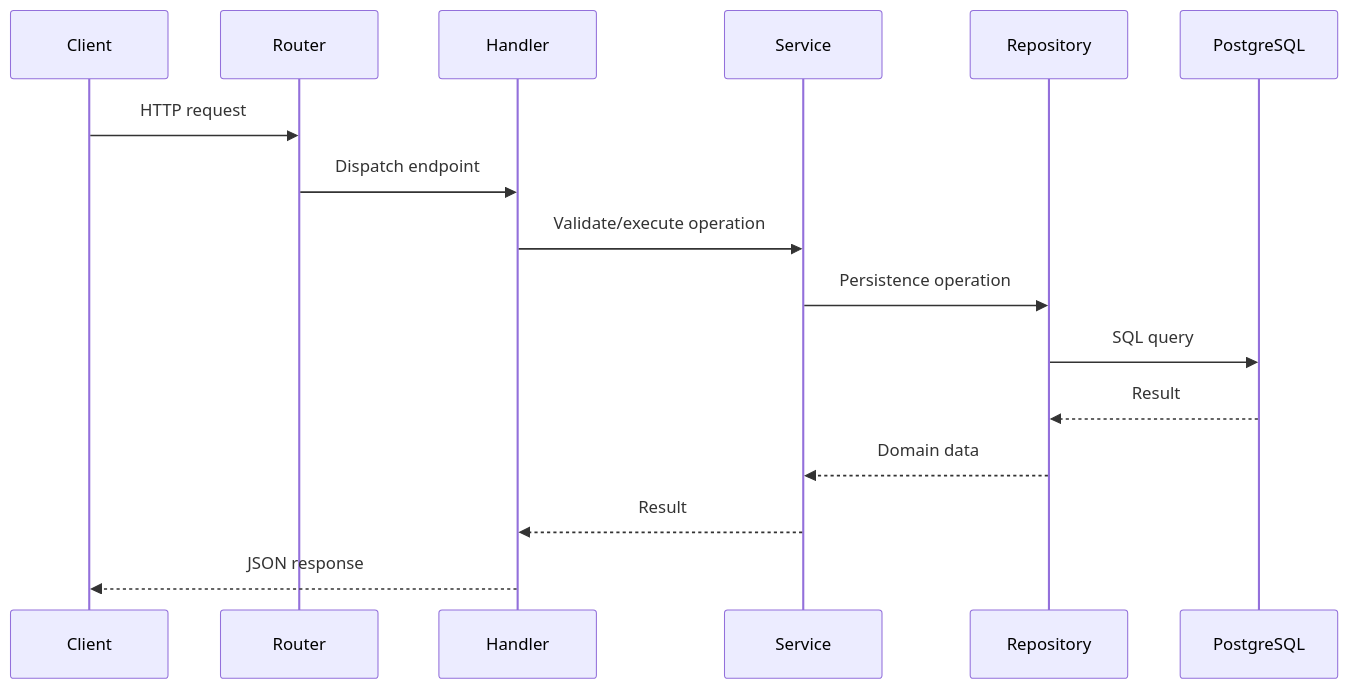
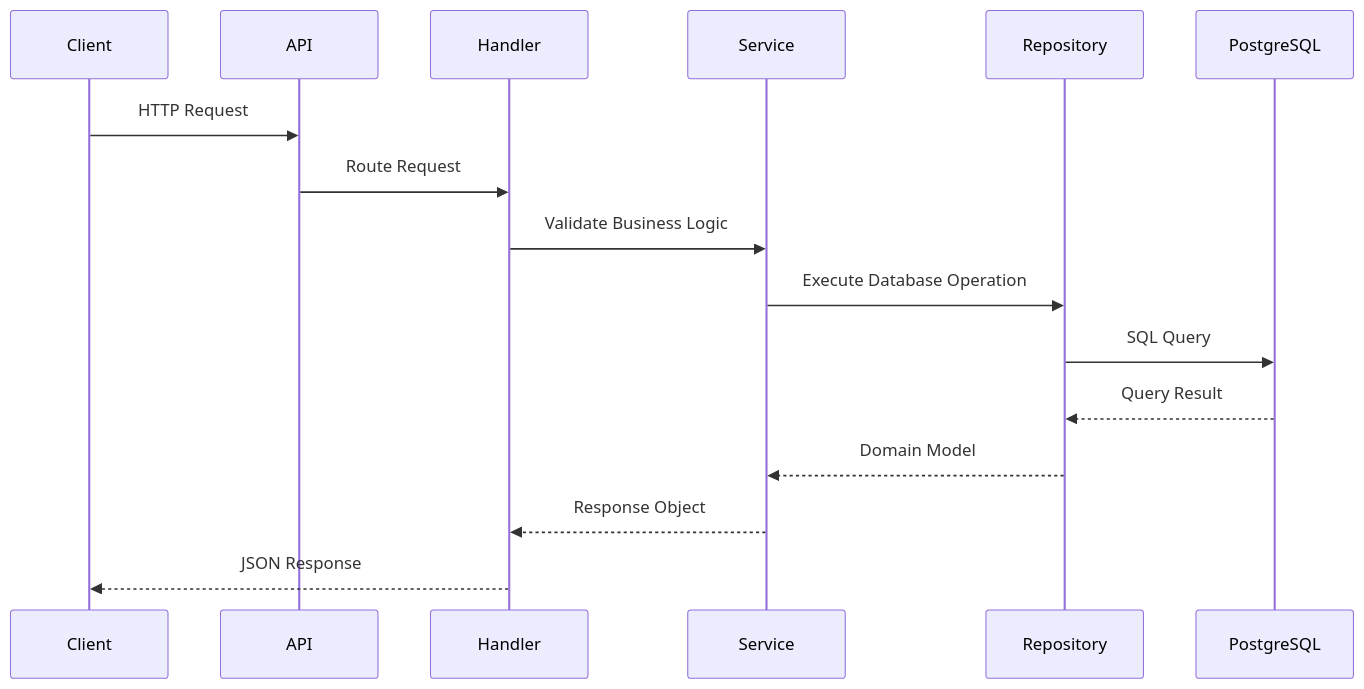
The second of 15 diagrams in README.md (kongali1720/KongPay), drawn with Mermaid before and after one commit. The commit also changed other lines of this file, not shown here.

````diff
--- a/README.md
+++ b/README.md
@@ -167,19 +139,21 @@
 ```mermaid
 sequenceDiagram
+
     participant Client
-    participant Router
+    participant API
     participant Handler
     participant Service
     participant Repository
     participant PostgreSQL
 
-    Client->>Router: HTTP request
-    Router->>Handler: Dispatch endpoint
-    Handler->>Service: Validate/execute operation
-    Service->>Repository: Persistence operation
-    Repository->>PostgreSQL: SQL query
-    PostgreSQL-->>Repository: Result
-    Repository-->>Service: Domain data
-    Service-->>Handler: Result
-    Handler-->>Client: JSON response
+    Client->>API: HTTP Request
+    API->>Handler: Route Request
+    Handler->>Service: Validate Business Logic
+    Service->>Repository: Execute Database Operation
+    Repository->>PostgreSQL: SQL Query
+
+    PostgreSQL-->>Repository: Query Result
+    Repository-->>Service: Domain Model
+    Service-->>Handler: Response Object
+    Handler-->>Client: JSON Response
 ```
````
